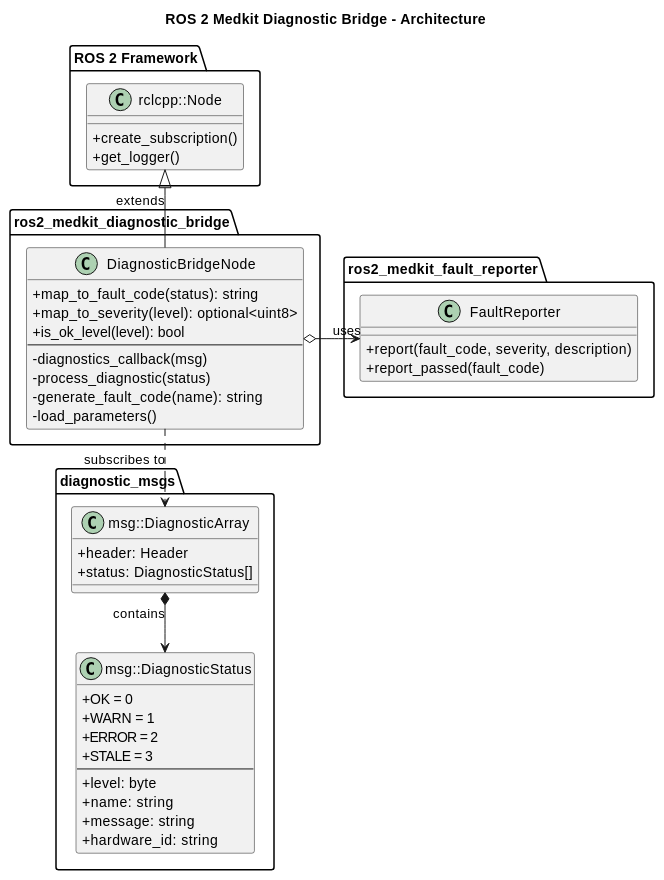
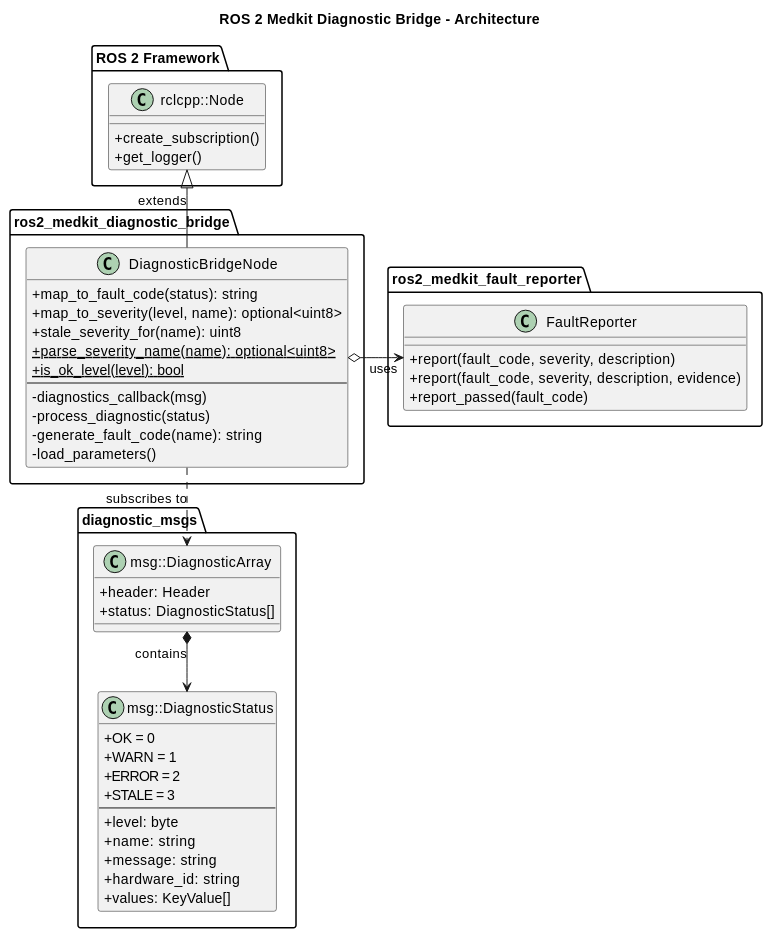
The first of 2 diagrams in src/ros2_medkit_diagnostic_bridge/design/index.rst (selfpatch/ros2_medkit), drawn with PlantUML before and after one commit. The commit also changed other lines of this file and 18 other files, not shown here.

First line of the commit message:
fix(fault_manager): address review on reported evidence and STALE severity

```diff
--- a/src/ros2_medkit_diagnostic_bridge/design/index.rst
+++ b/src/ros2_medkit_diagnostic_bridge/design/index.rst
@@ -18,64 +18,68 @@
 .. plantuml::
    :caption: ROS 2 Medkit Diagnostic Bridge Architecture
 
    @startuml ros2_medkit_diagnostic_bridge_architecture
 
    skinparam linetype ortho
    skinparam classAttributeIconSize 0
 
    title ROS 2 Medkit Diagnostic Bridge - Architecture
 
    package "ROS 2 Framework" {
        class "rclcpp::Node" {
            +create_subscription()
            +get_logger()
        }
    }
 
    package "diagnostic_msgs" {
        class "msg::DiagnosticArray" {
            +header: Header
            +status: DiagnosticStatus[]
        }
 
        class "msg::DiagnosticStatus" {
            +OK = 0
            +WARN = 1
            +ERROR = 2
            +STALE = 3
            --
            +level: byte
            +name: string
            +message: string
            +hardware_id: string
+           +values: KeyValue[]
        }
    }
 
    package "ros2_medkit_fault_reporter" {
        class FaultReporter {
            +report(fault_code, severity, description)
+           +report(fault_code, severity, description, evidence)
            +report_passed(fault_code)
        }
    }
 
    package "ros2_medkit_diagnostic_bridge" {
 
        class DiagnosticBridgeNode {
            +map_to_fault_code(status): string
-           +map_to_severity(level): optional<uint8>
-           +is_ok_level(level): bool
+           +map_to_severity(level, name): optional<uint8>
+           +stale_severity_for(name): uint8
+           +{static} parse_severity_name(name): optional<uint8>
+           +{static} is_ok_level(level): bool
            --
            -diagnostics_callback(msg)
            -process_diagnostic(status)
            -generate_fault_code(name): string
            -load_parameters()
        }
    }
 
    ' Relationships
    DiagnosticBridgeNode -up-|> "rclcpp::Node" : extends
    DiagnosticBridgeNode o-right-> FaultReporter : uses
    DiagnosticBridgeNode ..> "msg::DiagnosticArray" : subscribes to
    "msg::DiagnosticArray" *--> "msg::DiagnosticStatus" : contains
 
    @enduml
```
